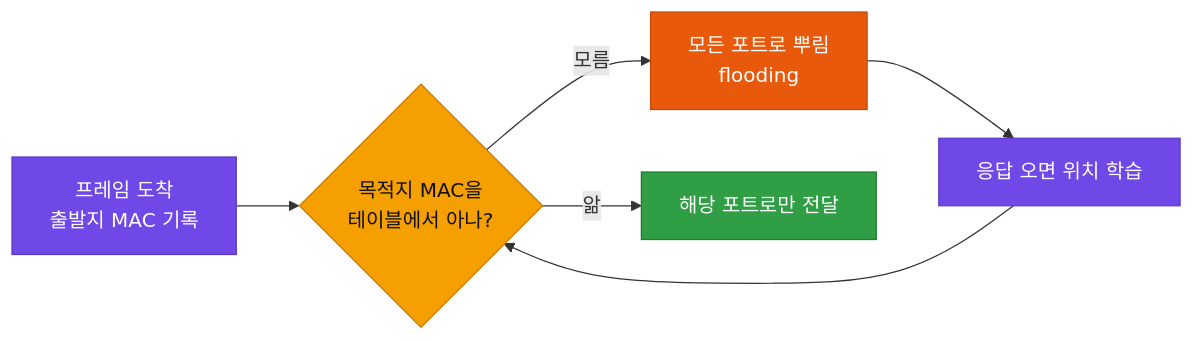
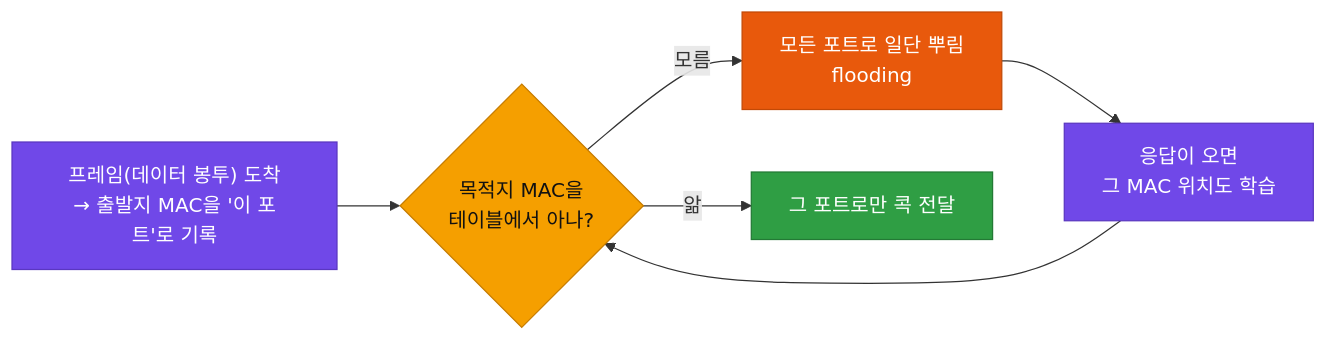
The first of 3 diagrams in 26-09-ai-security-automation-bootcamp/05-instructor-prep/docs/subject-2-network-zt/day01/lecture1.md (welovecherry/jm-teaching-material), drawn with Mermaid before and after one commit. The commit also changed other lines of this file, not shown here.

First line of the commit message:
docs: Day1 미싱 링크 보강 — 프레임·랜카드·헤더 쉬운 설명 추가

````diff
--- a/26-09-ai-security-automation-bootcamp/05-instructor-prep/docs/subject-2-network-zt/day01/lecture1.md
+++ b/26-09-ai-security-automation-bootcamp/05-instructor-prep/docs/subject-2-network-zt/day01/lecture1.md
@@ -137,16 +147,16 @@
 ```mermaid
 flowchart LR
-    A[프레임 도착<br/>출발지 MAC 기록] --> B{목적지 MAC을<br/>테이블에서 아나?}
-    B -->|모름| C[모든 포트로 뿌림<br/>flooding]
-    B -->|앎| D[해당 포트로만 전달]
-    C --> E[응답 오면 위치 학습]
+    A["프레임(데이터 봉투) 도착<br/>→ 출발지 MAC을 '이 포트'로 기록"] --> B{목적지 MAC을<br/>테이블에서 아나?}
+    B -->|모름| C[모든 포트로 일단 뿌림<br/>flooding]
+    B -->|앎| D[그 포트로만 콕 전달]
+    C --> E[응답이 오면<br/>그 MAC 위치도 학습]
     E --> B
     classDef step fill:#7048e8,stroke:#5a37c0,color:#fff
     classDef dec fill:#f59f00,stroke:#c67c00,color:#111
     classDef ok fill:#2f9e44,stroke:#237a35,color:#fff
     classDef warn fill:#e8590c,stroke:#c24906,color:#fff
     class A,E step
     class B dec
     class D ok
     class C warn
 ```
````
